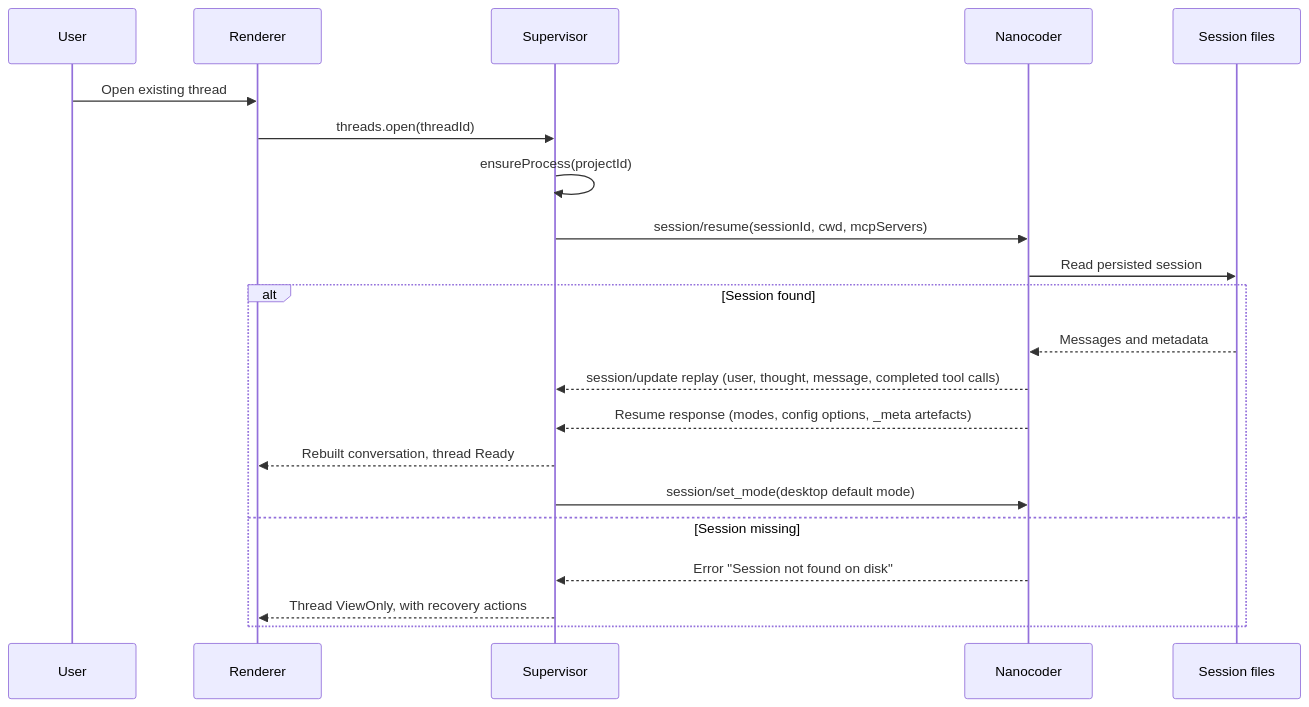
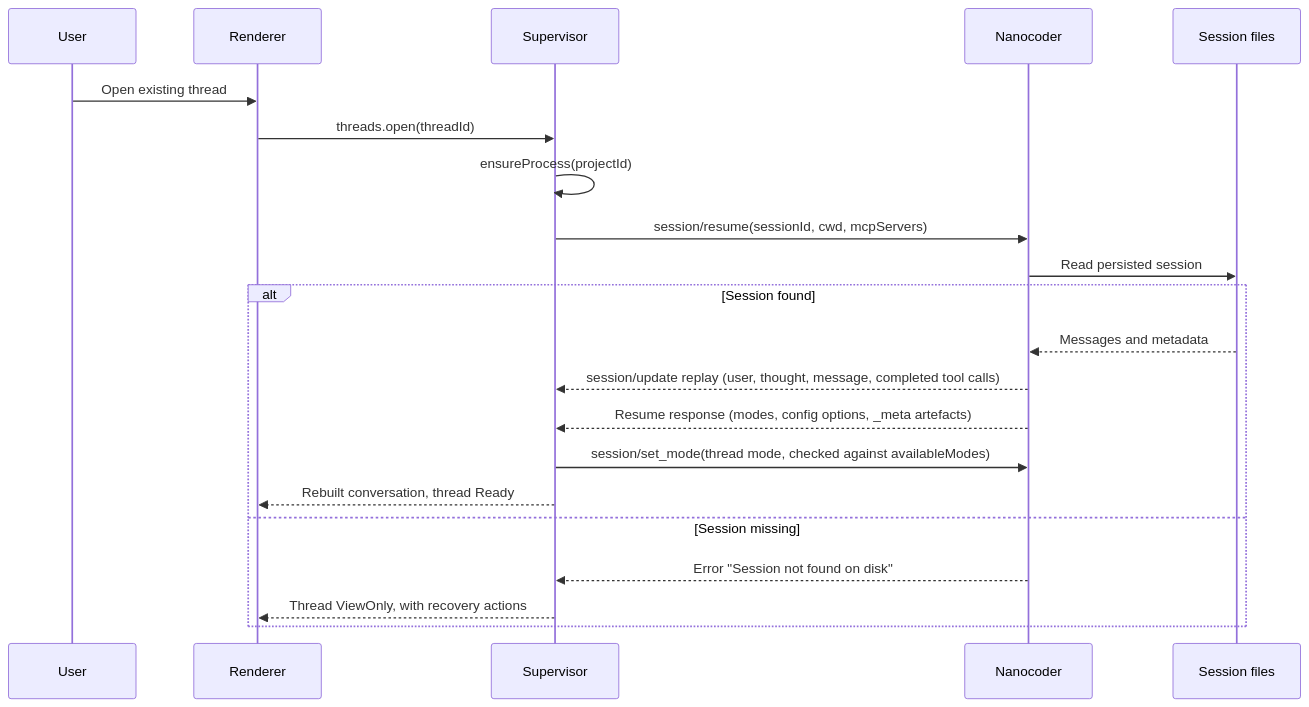
One commit to Nano-Collective/nanocoder-desktop changed the fourth of 7 diagrams in planning/architecture.md. Above: the diagram before and after it, drawn with Mermaid. The commit also changed 11 other files, not shown here.

````diff
--- a/planning/architecture.md
+++ b/planning/architecture.md
@@ -212,24 +212,24 @@
 ```mermaid
 sequenceDiagram
     participant U as User
     participant R as Renderer
     participant S as Supervisor
     participant N as Nanocoder
     participant F as Session files
 
     U->>R: Open existing thread
     R->>S: threads.open(threadId)
     S->>S: ensureProcess(projectId)
     S->>N: session/resume(sessionId, cwd, mcpServers)
     N->>F: Read persisted session
     alt Session found
         F-->>N: Messages and metadata
         N-->>S: session/update replay (user, thought, message, completed tool calls)
         N-->>S: Resume response (modes, config options, _meta artefacts)
+        S->>N: session/set_mode(thread mode, checked against availableModes)
         S-->>R: Rebuilt conversation, thread Ready
-        S->>N: session/set_mode(desktop default mode)
     else Session missing
         N-->>S: Error "Session not found on disk"
         S-->>R: Thread ViewOnly, with recovery actions
     end
 ```
````
